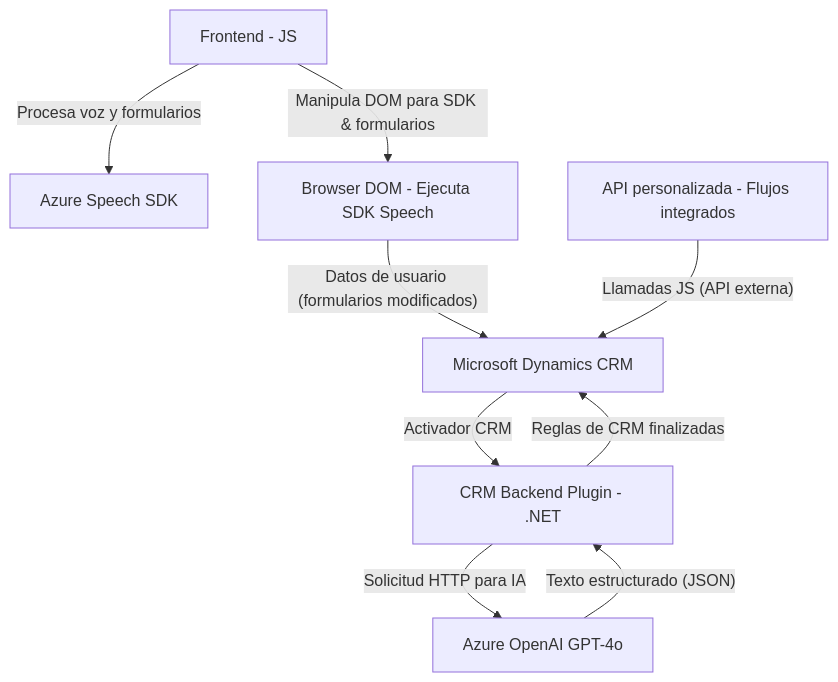
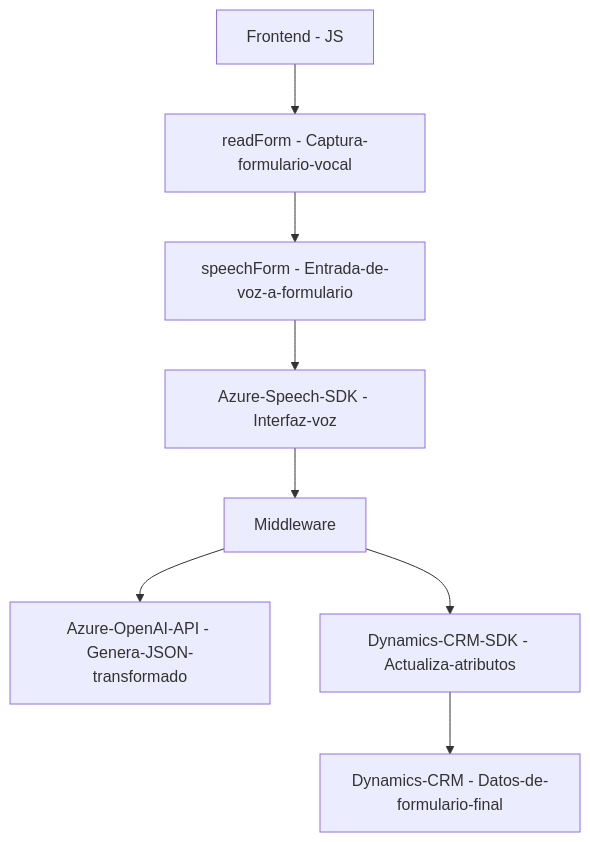
The diagram in README.md (blopezdm/NETCORE_BILBAO2025), drawn with Mermaid before and after one commit. The commit also changed other lines of this file, not shown here.

````diff
--- a/README.md
+++ b/README.md
@@ -44,19 +41,18 @@
 ```mermaid
 graph TD
     A["Frontend - JS"]
-    B["Azure Speech SDK"]
-    C["Browser DOM - Ejecuta SDK Speech"]
-    D["CRM Backend Plugin - .NET"]
-    E["API personalizada - Flujos integrados"]
-    F["Azure OpenAI GPT-4o"]
-    G["Microsoft Dynamics CRM"]
-
-    A --"Procesa voz y formularios"--> B
-    A --"Manipula DOM para SDK & formularios"--> C
-    C --"Datos de usuario (formularios modificados)"--> G
-    G --"Activador CRM"--> D
-    D --"Solicitud HTTP para IA"--> F
-    F --"Texto estructurado (JSON)"--> D
-    D --"Reglas de CRM finalizadas"--> G
-    E --"Llamadas JS (API externa)"--> G 
+    A1["readForm - Captura-formulario-vocal"]
+    A2["speechForm - Entrada-de-voz-a-formulario"]
+    A3["Azure-Speech-SDK - Interfaz-voz"]
+    B["Middleware - CRM Plugin: TransformTextWithAzureAI.cs"]
+    B1["Azure-OpenAI-API - Genera-JSON-transformado"]
+    B2["Dynamics-CRM-SDK - Actualiza-atributos"]
+    C["Dynamics-CRM - Datos-de-formulario-final"]
+    
+    A --> A1 --> A2
+    A2 --> A3
+    A3 --> B["Middleware"]
+    B --> B1
+    B --> B2
+    B2 --> C
 ```
````
